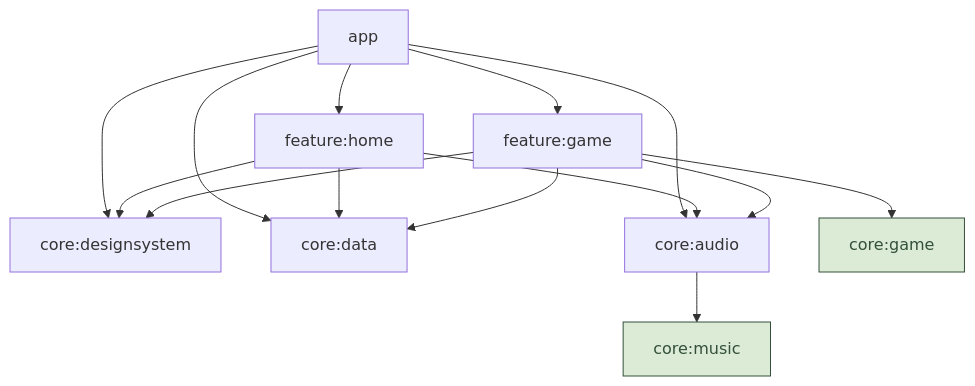
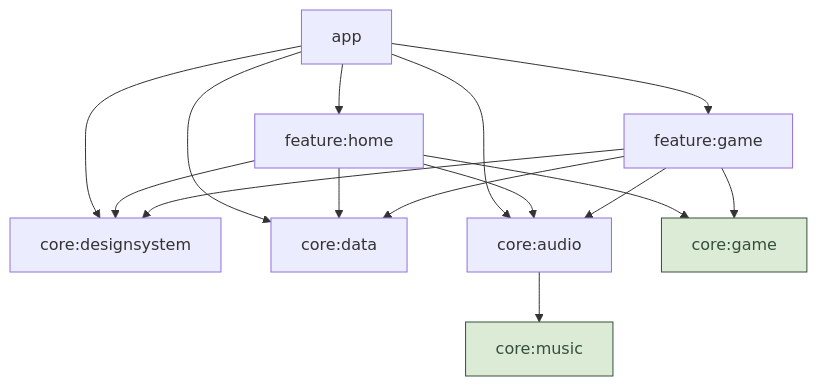
Before and after one commit to magori/blox: the first of 2 diagrams in docs/architecture.md, drawn with Mermaid. The commit also changed 20 other files, not shown here.

First line of the commit message:
✨ feat(feature-home): écran d'accueil complet

````diff
--- a/docs/architecture.md
+++ b/docs/architecture.md
@@ -11,22 +11,23 @@
 ```mermaid
 graph TD
     app --> featureHome[feature:home]
     app --> featureGame[feature:game]
     app --> designsystem[core:designsystem]
     app --> data[core:data]
     app --> audio[core:audio]
 
     featureHome --> designsystem
     featureHome --> data
+    featureHome --> game
     featureHome --> audio
 
     featureGame --> designsystem
     featureGame --> game[core:game]
     featureGame --> data
     featureGame --> audio
 
     audio --> music[core:music]
 
     classDef pure fill:#dcebd5,stroke:#34503a,color:#34503a
     class game,music pure
 ```
````
